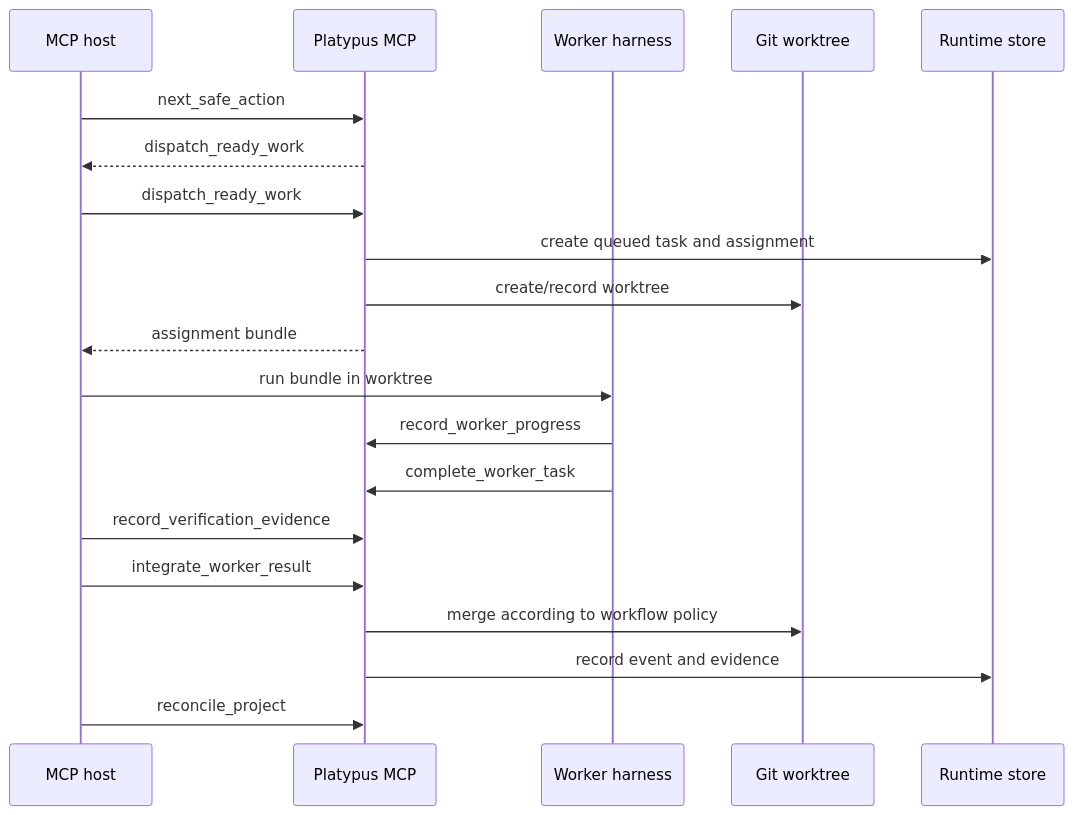
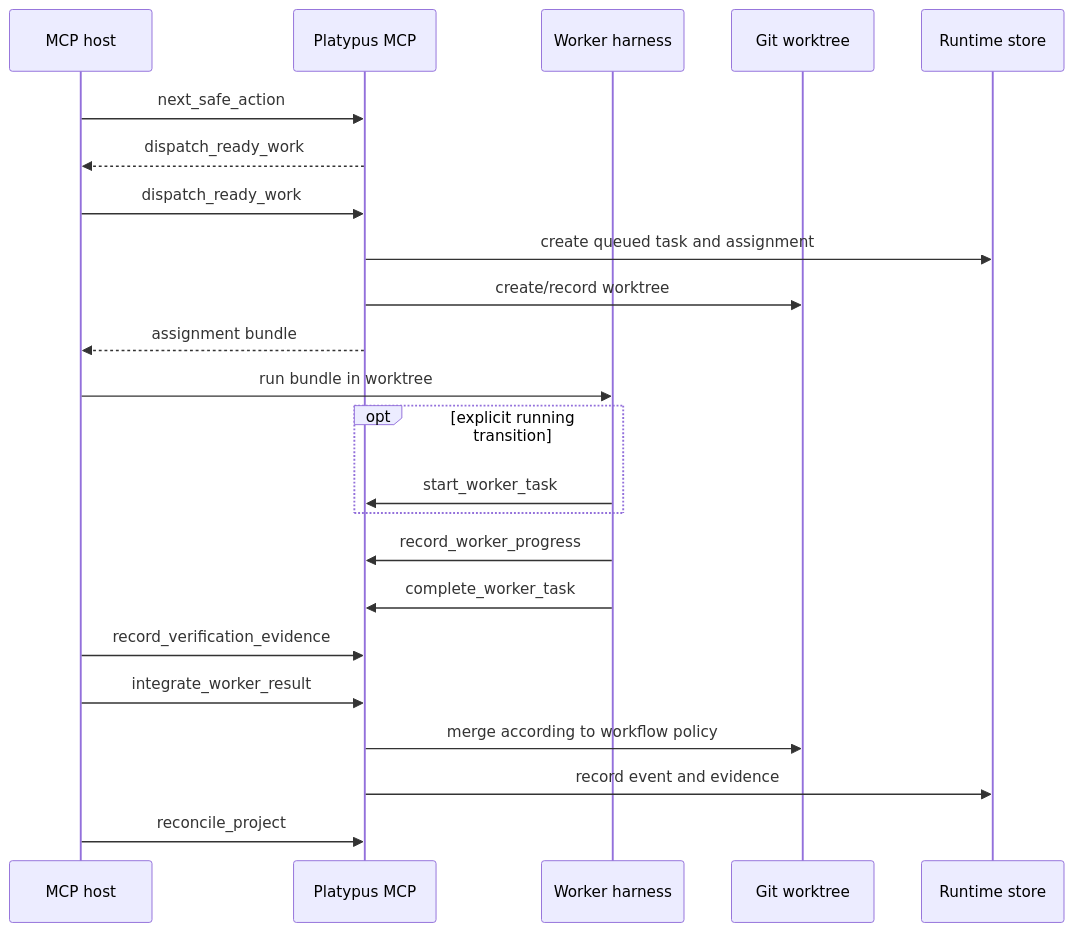
Before and after one commit to junousia/platypus-mcp: the third of 12 diagrams in docs/diagrams.md, drawn with Mermaid. The commit also changed other lines of this file and 32 other files, not shown here.

````diff
--- a/docs/diagrams.md
+++ b/docs/diagrams.md
@@ -63,23 +64,26 @@
 ```mermaid
 sequenceDiagram
     participant Host as MCP host
     participant Platy as Platypus MCP
     participant Worker as Worker harness
     participant Git as Git worktree
     participant State as Runtime store
 
     Host->>Platy: next_safe_action
     Platy-->>Host: dispatch_ready_work
     Host->>Platy: dispatch_ready_work
     Platy->>State: create queued task and assignment
     Platy->>Git: create/record worktree
     Platy-->>Host: assignment bundle
     Host->>Worker: run bundle in worktree
+    opt explicit running transition
+        Worker->>Platy: start_worker_task
+    end
     Worker->>Platy: record_worker_progress
     Worker->>Platy: complete_worker_task
     Host->>Platy: record_verification_evidence
     Host->>Platy: integrate_worker_result
     Platy->>Git: merge according to workflow policy
     Platy->>State: record event and evidence
     Host->>Platy: reconcile_project
 ```
````
